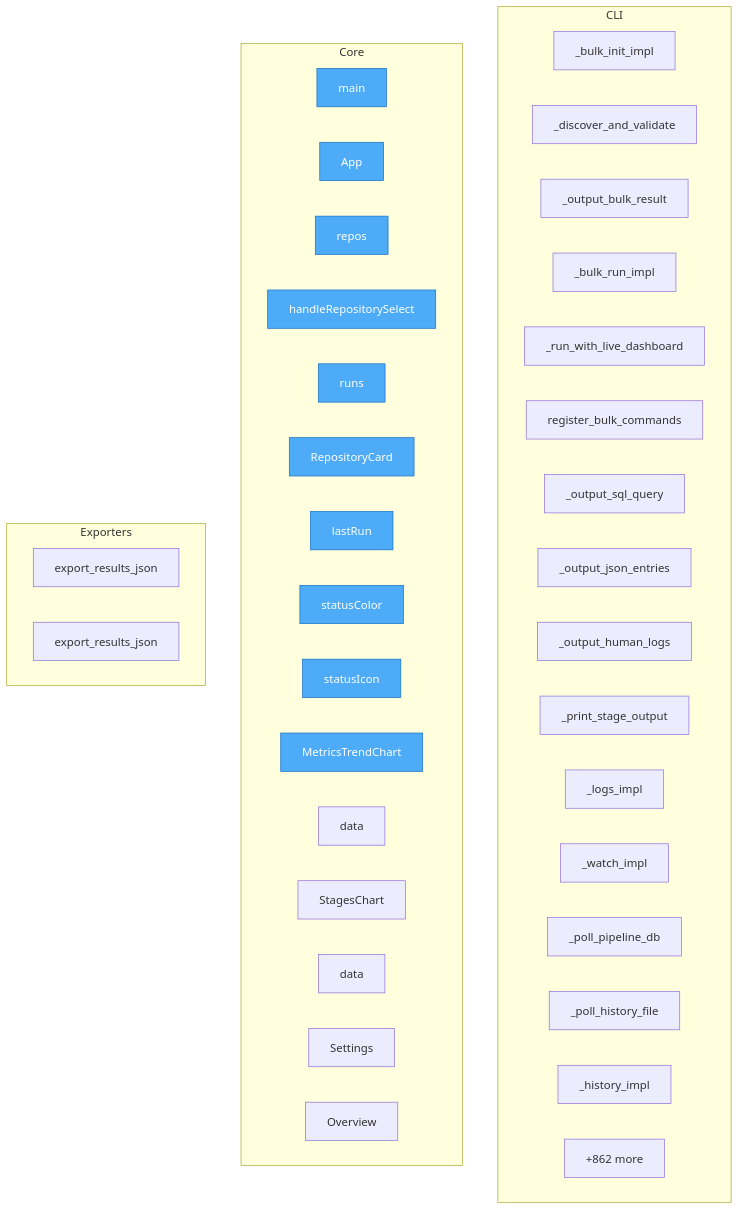
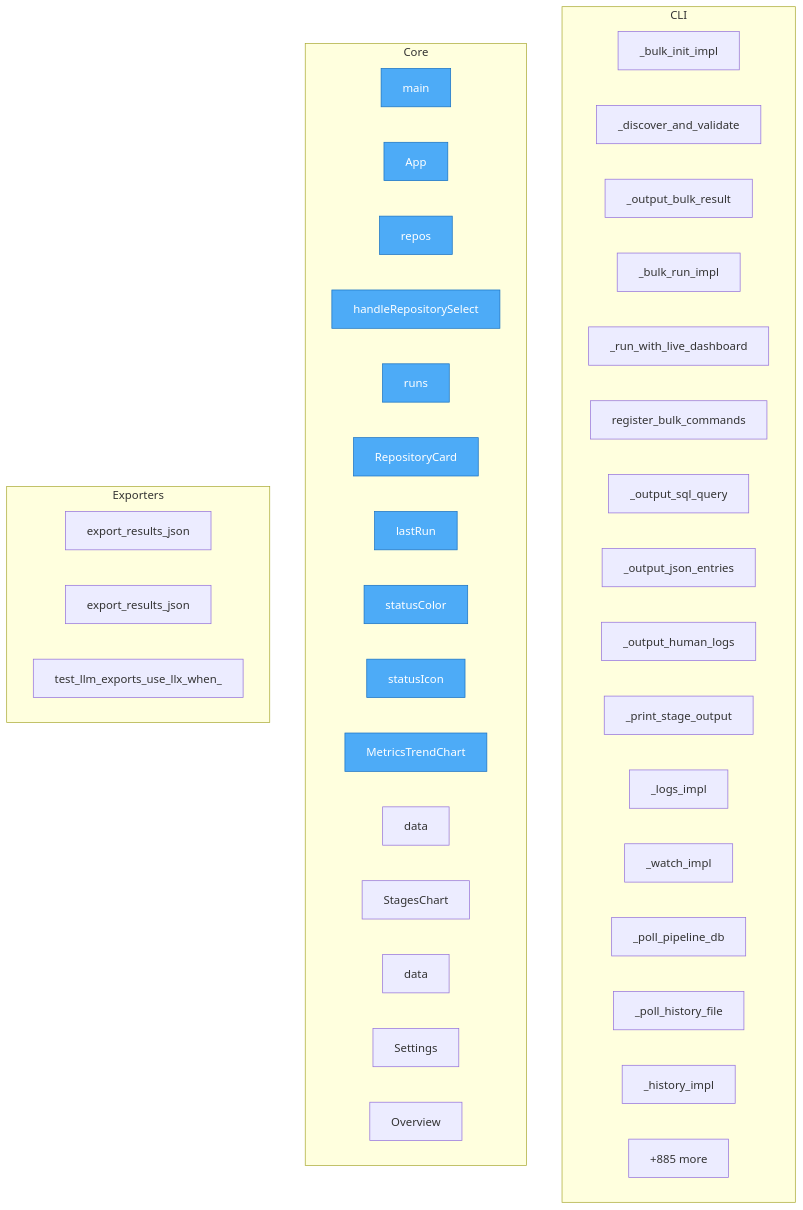
One commit to semcod/pyqual changed the diagram in project/flow.mmd. Above: the diagram before and after it, drawn with Mermaid. The commit also changed 28 other files, not shown here.

```diff
--- a/project/flow.mmd
+++ b/project/flow.mmd
@@ -1,49 +1,50 @@
 flowchart TD
 
     %% Entry points (blue)
     classDef entry fill:#4dabf7,stroke:#1971c2,color:#fff
 
     subgraph CLI
         pyqual__cli_bulk_cmds___bulk_init_impl["_bulk_init_impl"]
         pyqual__cli_bulk_cmds___discover_and_validate["_discover_and_validate"]
         pyqual__cli_bulk_cmds___output_bulk_result["_output_bulk_result"]
         pyqual__cli_bulk_cmds___bulk_run_impl["_bulk_run_impl"]
         pyqual__cli_bulk_cmds___run_with_live_dashboard["_run_with_live_dashboard"]
         pyqual__cli_bulk_cmds__register_bulk_commands["register_bulk_commands"]
         pyqual__cli_observe___output_sql_query["_output_sql_query"]
         pyqual__cli_observe___output_json_entries["_output_json_entries"]
         pyqual__cli_observe___output_human_logs["_output_human_logs"]
         pyqual__cli_observe___print_stage_output["_print_stage_output"]
         pyqual__cli_observe___logs_impl["_logs_impl"]
         pyqual__cli_observe___watch_impl["_watch_impl"]
         pyqual__cli_observe___poll_pipeline_db["_poll_pipeline_db"]
         pyqual__cli_observe___poll_history_file["_poll_history_file"]
         pyqual__cli_observe___history_impl["_history_impl"]
         ...["+88 more"]
     end
 
     subgraph Core
         run_analysis__main["main"]
         dashboard__src__App__App["App"]
         dashboard__src__App__repos["repos"]
         dashboard__src__App__handleRepositorySelect["handleRepositorySelect"]
         dashboard__src__App__runs["runs"]
         dashboard__src__App__RepositoryCard["RepositoryCard"]
         dashboard__src__App__lastRun["lastRun"]
         dashboard__src__App__statusColor["statusColor"]
         dashboard__src__App__statusIcon["statusIcon"]
         dashboard__src__components__MetricsTrendChart__MetricsTrendChart["MetricsTrendChart"]
         dashboard__src__components__MetricsTrendChart__data["data"]
         dashboard__src__components__StagesChart__StagesChart["StagesChart"]
         dashboard__src__components__StagesChart__data["data"]
         dashboard__src__components__Settings__Settings["Settings"]
         dashboard__src__components__Overview__Overview["Overview"]
-        ...["+862 more"]
+        ...["+885 more"]
     end
 
     subgraph Exporters
         pyqual__api__export_results_json["export_results_json"]
         project__map__toon__export_results_json["export_results_json"]
+        project__map__toon__test_llm_exports_use_llx_when_available["test_llm_exports_use_llx_when_"]
     end
 
     class run_analysis__main,dashboard__src__App__App,dashboard__src__App__repos,dashboard__src__App__handleRepositorySelect,dashboard__src__App__runs,dashboard__src__App__RepositoryCard,dashboard__src__App__lastRun,dashboard__src__App__statusColor,dashboard__src__App__statusIcon,dashboard__src__components__MetricsTrendChart__MetricsTrendChart entry
```
